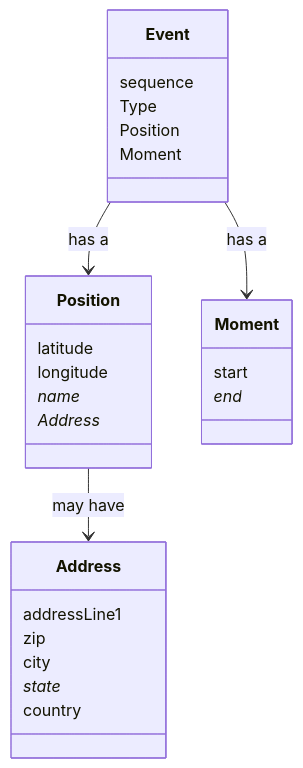
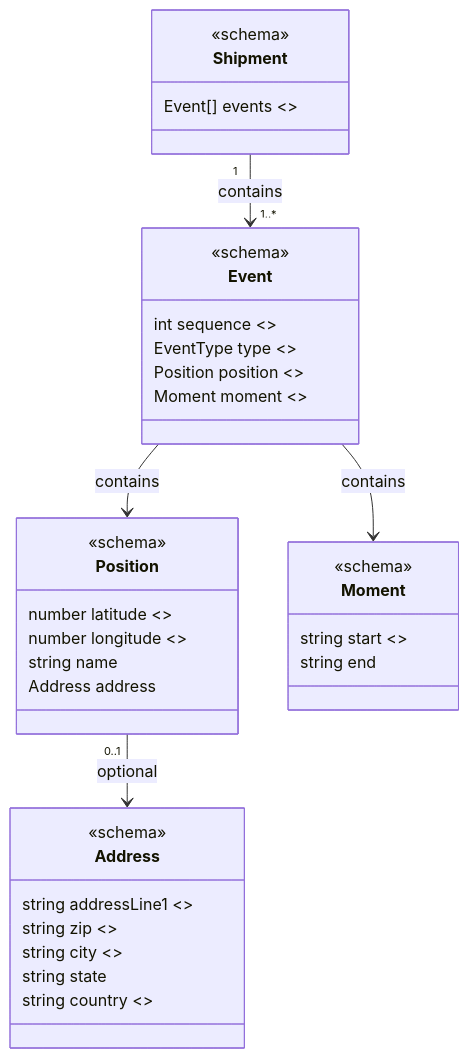
One commit to carqo/core changed the diagram in README.md. Above: the diagram before and after it, drawn with Mermaid. The commit also changed 3 other files, not shown here.

First line of the commit message:
Introduce Shipment schema and update examples

````diff
--- a/README.md
+++ b/README.md
@@ -7,34 +7,44 @@
 ```mermaid
 classDiagram
 
-    class Event {
-        sequence
-        Type
-        Position
-        Moment
-    }
+class Shipment {
+    <<schema>>
+    Event[] events <<required>>
+}
 
-    class Position {
-        latitude
-        longitude
-        _name_
-        _Address_
-    }
+class Event {
+    <<schema>>
+    int sequence <<required>>
+    EventType type <<required>>
+    Position position <<required>>
+    Moment moment <<required>>
+}
 
-    class Address {
-        addressLine1
-        zip
-        city
-        _state_
-        country
-    }
+class Position {
+    <<schema>>
+    number latitude <<required>>
+    number longitude <<required>>
+    string name
+    Address address
+}
 
-    class Moment {
-        start
-        _end_
-    }
+class Address {
+    <<schema>>
+    string addressLine1 <<required>>
+    string zip <<required>>
+    string city <<required>>
+    string state
+    string country <<required>>
+}
 
-    Event --> Position : has a
-    Position --> Address : may have
-    Event --> Moment   : has a
+class Moment {
+    <<schema>>
+    string start <<required>>
+    string end
+}
+
+Shipment "1" --> "1..*" Event : contains
+Event --> Position : contains
+Position "0..1" --> Address : optional
+Event --> Moment : contains
 ```
````
